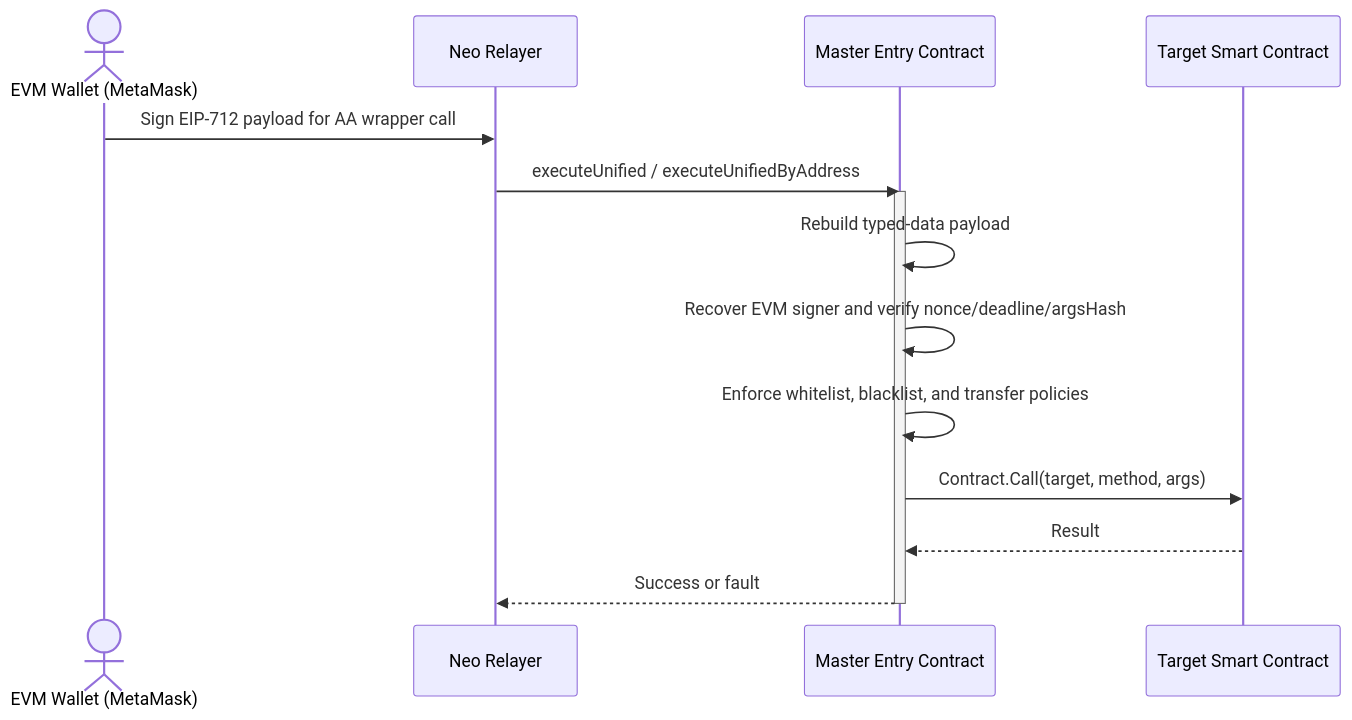
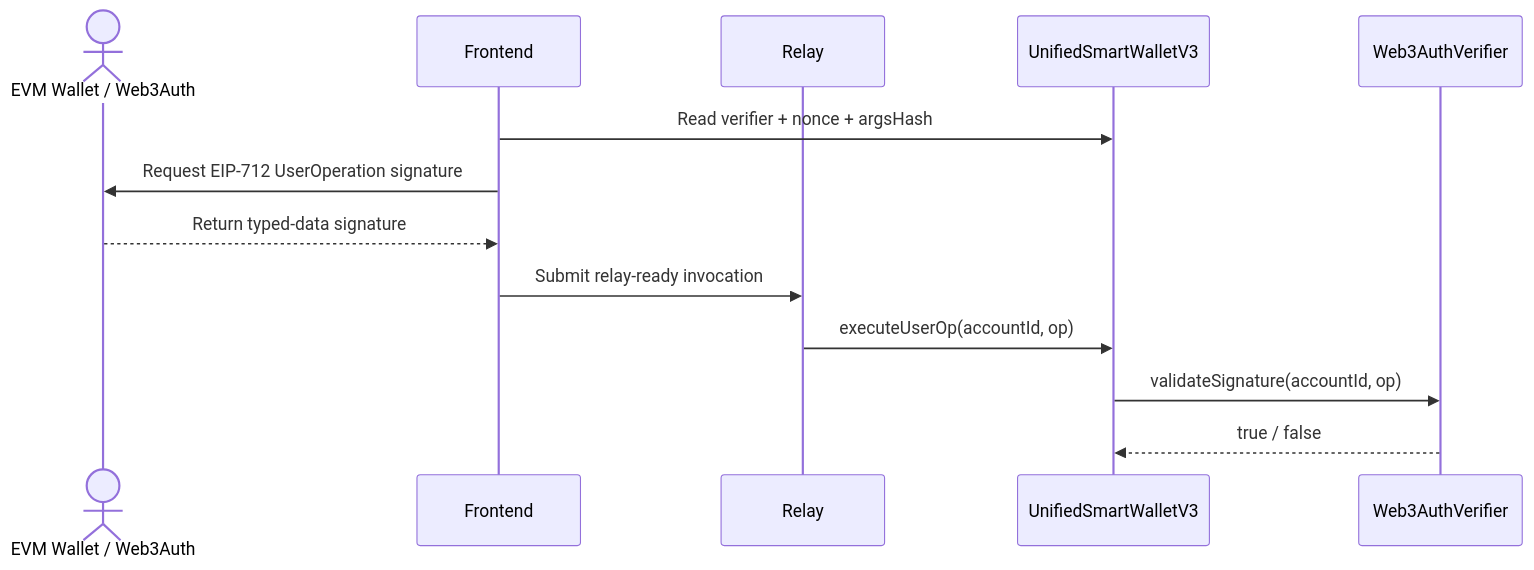
The fourth of 4 diagrams in frontend/src/assets/docs/workflow.md (r3e-network/neo-abstract-account), drawn with Mermaid before and after one commit. The commit also changed other lines of this file and 52 other files, not shown here.

````diff
--- a/frontend/src/assets/docs/workflow.md
+++ b/frontend/src/assets/docs/workflow.md
@@ -115,18 +88,16 @@
 ```mermaid
 sequenceDiagram
-    actor EVM as EVM Wallet (MetaMask)
-    participant Relayer as Neo Relayer
-    participant Master as Master Entry Contract
-    participant Target as Target Smart Contract
+    actor EVM as EVM Wallet / Web3Auth
+    participant Browser as Frontend
+    participant Relay as Relay
+    participant Core as UnifiedSmartWalletV3
+    participant Verifier as Web3AuthVerifier
 
-    EVM->>Relayer: Sign EIP-712 payload for AA wrapper call
-    Relayer->>Master: executeUnified / executeUnifiedByAddress
-    activate Master
-    Master->>Master: Rebuild typed-data payload
-    Master->>Master: Recover EVM signer and verify nonce/deadline/argsHash
-    Master->>Master: Enforce whitelist, blacklist, and transfer policies
-    Master->>Target: Contract.Call(target, method, args)
-    Target-->>Master: Result
-    Master-->>Relayer: Success or fault
-    deactivate Master
+    Browser->>Core: Read verifier + nonce + argsHash
+    Browser->>EVM: Request EIP-712 UserOperation signature
+    EVM-->>Browser: Return typed-data signature
+    Browser->>Relay: Submit relay-ready invocation
+    Relay->>Core: executeUserOp(accountId, op)
+    Core->>Verifier: validateSignature(accountId, op)
+    Verifier-->>Core: true / false
 ```
````
